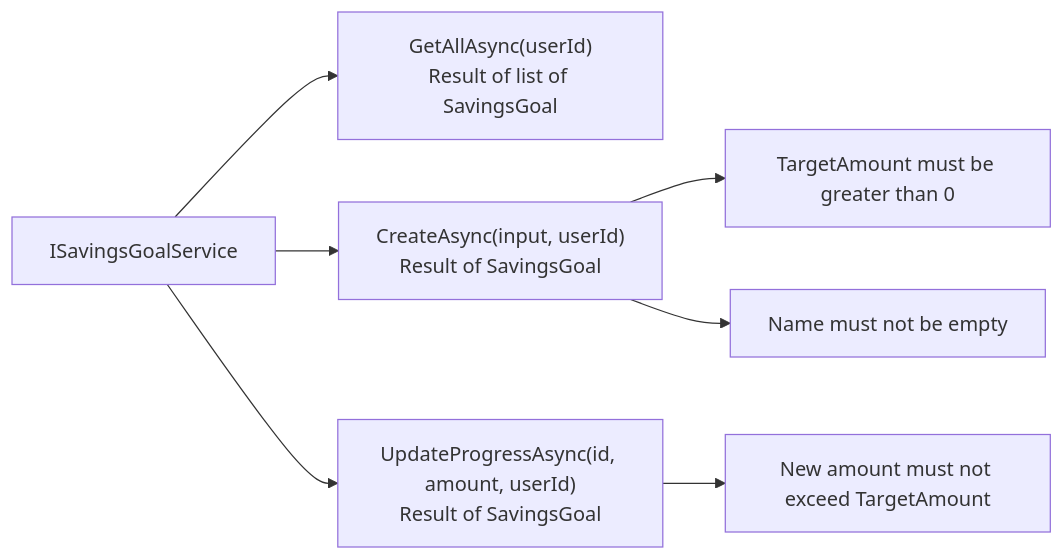
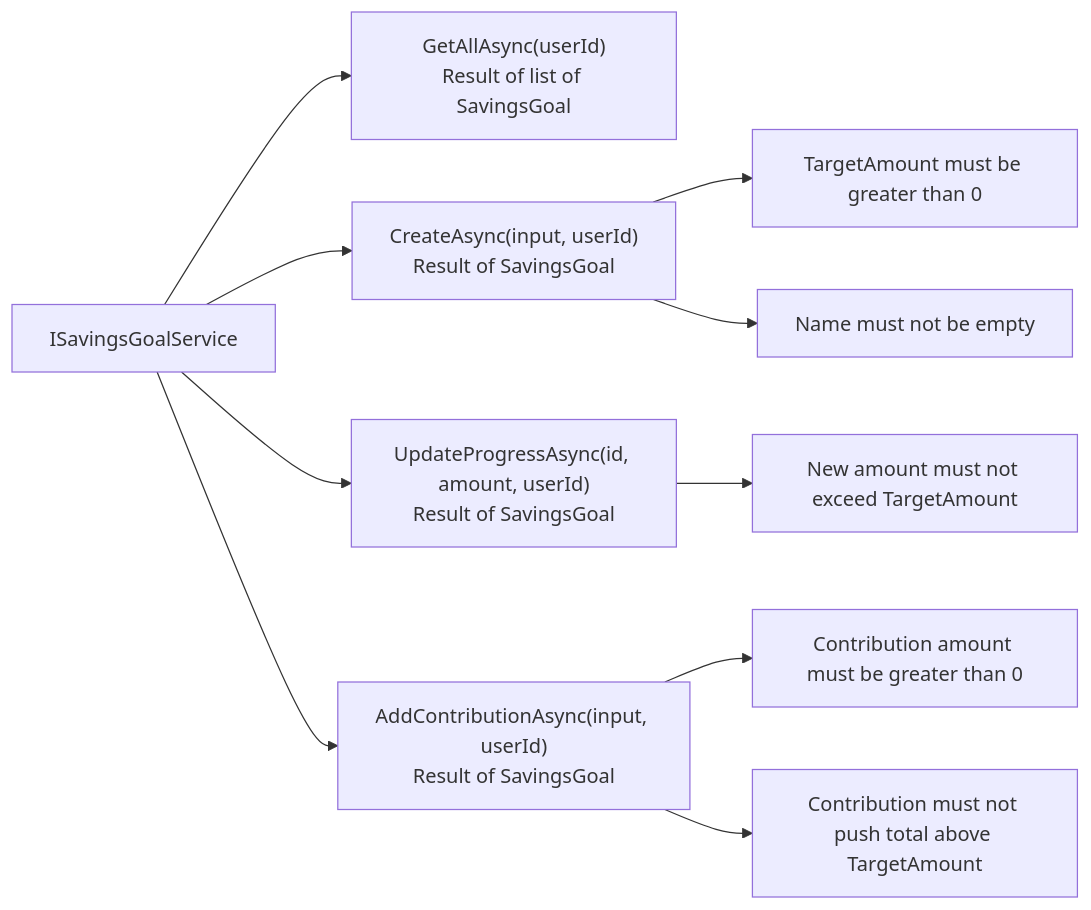
Before and after one commit to dev-personal-projects/vela: the fifth of 8 diagrams in docs/phases/PHASE-3-application.md, drawn with Mermaid. The commit also changed other lines of this file and 4 other files, not shown here.

````diff
--- a/docs/phases/PHASE-3-application.md
+++ b/docs/phases/PHASE-3-application.md
@@ -131,11 +133,14 @@
 ```mermaid
 flowchart LR
     SS[ISavingsGoalService]
     SS --> GA["GetAllAsync(userId)\nResult of list of SavingsGoal"]
     SS --> CR["CreateAsync(input, userId)\nResult of SavingsGoal"]
     SS --> UP["UpdateProgressAsync(id, amount, userId)\nResult of SavingsGoal"]
+    SS --> AC["AddContributionAsync(input, userId)\nResult of SavingsGoal"]
 
     CR --> V1[TargetAmount must be greater than 0]
     CR --> V2[Name must not be empty]
     UP --> V3[New amount must not exceed TargetAmount]
+    AC --> V4[Contribution amount must be greater than 0]
+    AC --> V5[Contribution must not push total above TargetAmount]
 ```
````
